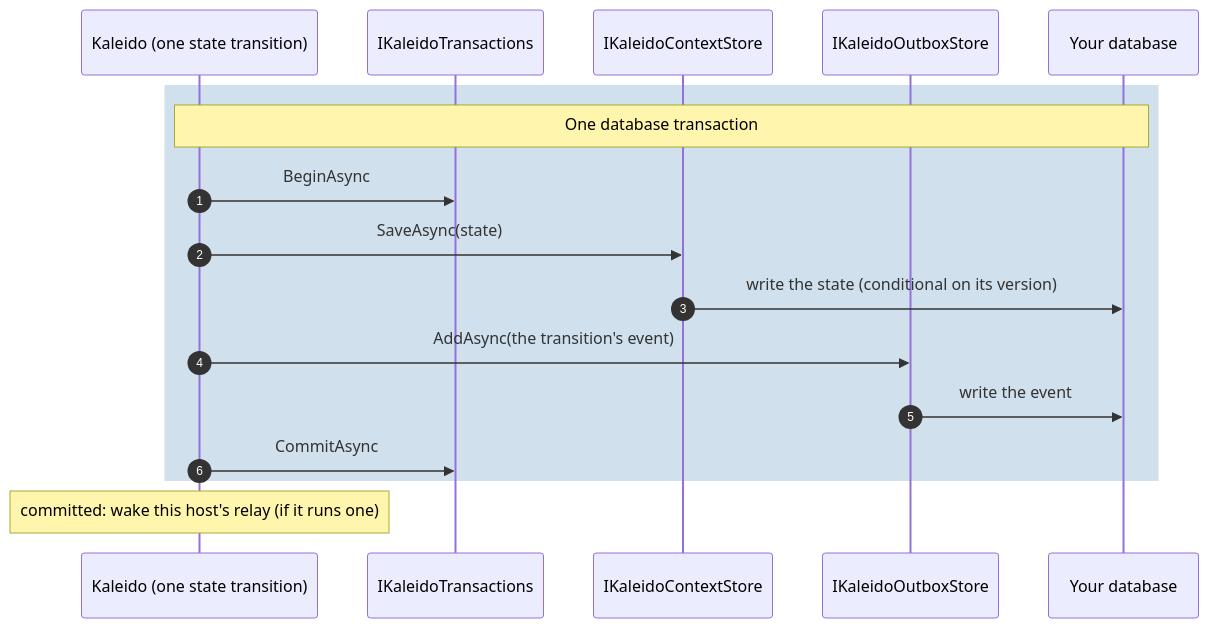
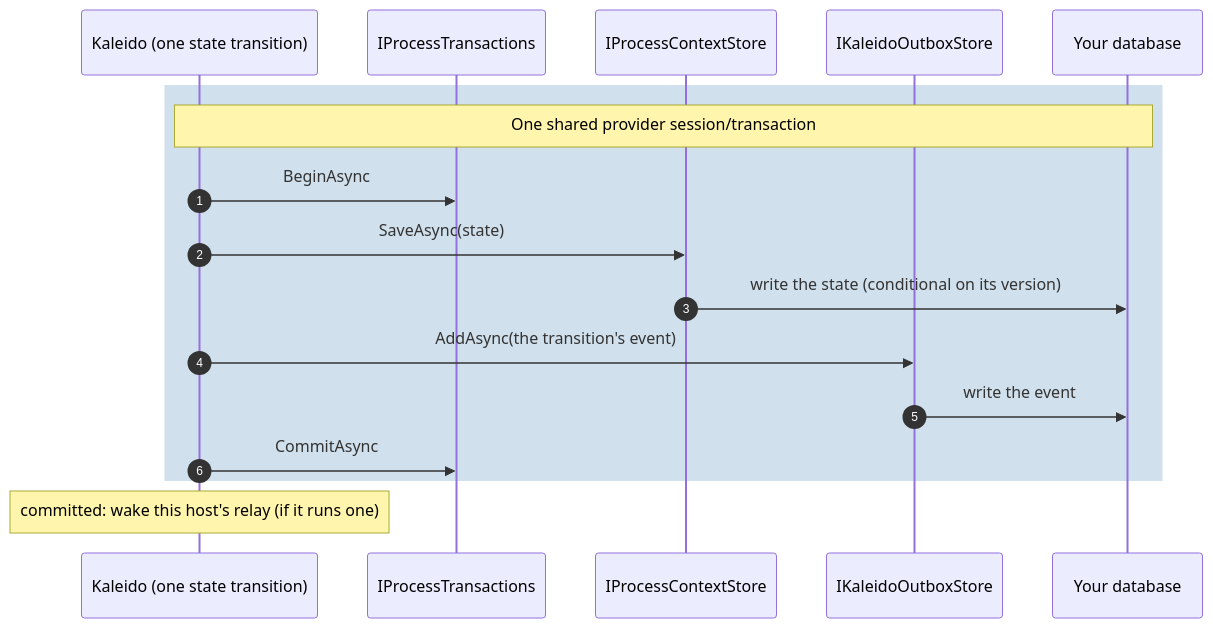
One commit to no1ross/Kaleido changed the diagram in docs/guide/persistence.md. Above: the diagram before and after it, drawn with Mermaid. The commit also changed other lines of this file and 266 other files, not shown here.

````diff
--- a/docs/guide/persistence.md
+++ b/docs/guide/persistence.md
@@ -37,20 +38,20 @@
 ```mermaid
 sequenceDiagram
     autonumber
     participant K as Kaleido (one state transition)
-    participant T as IKaleidoTransactions
-    participant S as IKaleidoContextStore
+    participant T as IProcessTransactions
+    participant S as IProcessContextStore
     participant O as IKaleidoOutboxStore
     participant D as Your database
 
     rect rgba(70, 130, 180, 0.25)
-        Note over K,D: One database transaction
+        Note over K,D: One shared provider session/transaction
         K->>T: BeginAsync
         K->>S: SaveAsync(state)
         S->>D: write the state (conditional on its version)
         K->>O: AddAsync(the transition's event)
         O->>D: write the event
         K->>T: CommitAsync
     end
     Note over K: committed: wake this host's relay (if it runs one)
 ```
````
